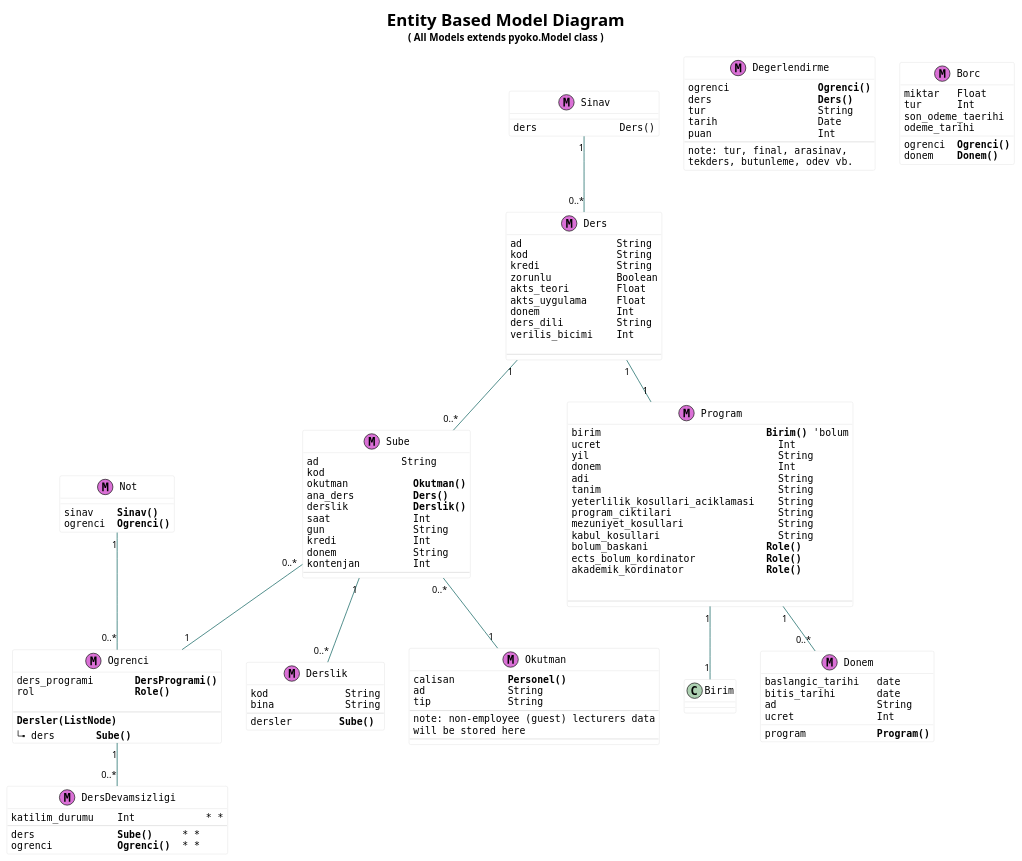
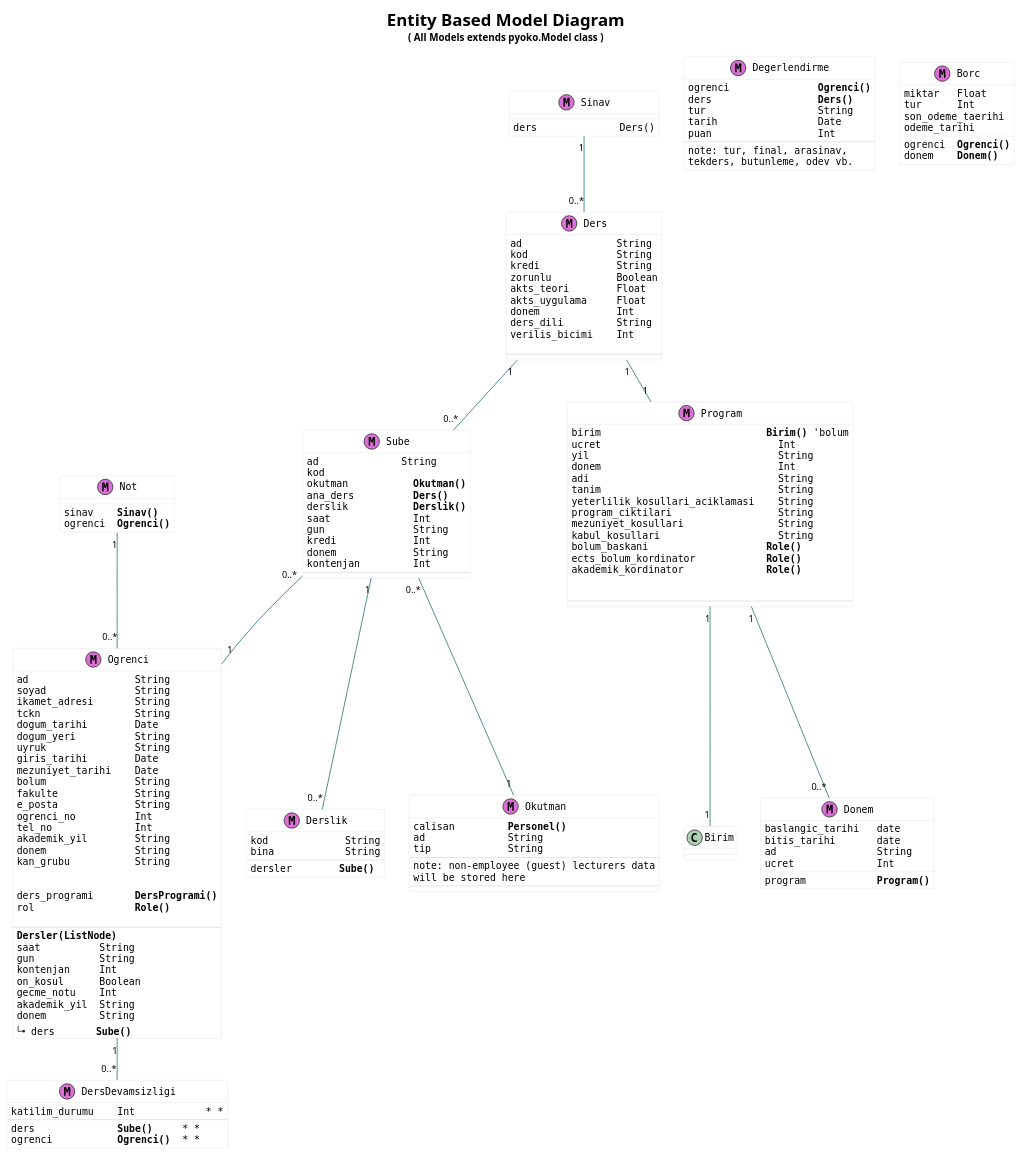
One commit to zetaops/ulakbus.org changed the diagram in source/diagrams/student-models.puml. Above: the diagram before and after it, drawn with PlantUML.

Commit message:
student-model eklemeler yapıldı

```diff
--- a/source/diagrams/student-models.puml
+++ b/source/diagrams/student-models.puml
@@ -1,160 +1,186 @@
 @startuml
 
 skinparam classAttributeFontName Monospaced
 skinparam classBackgroundColor #FFFFFF
 skinparam classBorderColor #D8D8D8
 skinparam packageBorderColor #BDBDBD
 skinparam classArrowColor #0B615E
 skinparam shadowing false
 
 'skinparam monochrome true
 'skinparam nodesep 100
 'skinparam ranksep 100
 'note "All <color:black><b> (M)odels</b></color> extends <b>pyoko.Model</b> class" as N #orchid
 title
 <size:24>Entity Based Model Diagram</size>
 ( All Models extends <b>pyoko.Model</b> class )
 endtitle
 'legend left
 'n..*     n or more instances
 'n..m    Min n, Max m instances
 'endlegend
 
 
 
 class Okutman<<(M,orchid)>>{
 calisan         **Personel()**
 ad              String
 tip             String
 --
 note: non-employee (guest) lecturers data
 will be stored here
 --
 }
 
 class Program<<(M,orchid)>>{
 birim                            **Birim()** 'bolum
 ucret                              Int
 yil                                String
 donem                              Int
 adi                                String
 tanim                              String
 yeterlilik_kosullari_aciklamasi    String
 program_ciktilari                  String
 mezuniyet_kosullari                String
 kabul_kosullari                    String
 bolum_baskani                    **Role()**
 ects_bolum_kordinator            **Role()**
 akademik_kordinator              **Role()**
 
 
 --
 }
 class Derslik<<(M,orchid)>>{
 kod             String
 bina            String
 --
 dersler        **Sube()**
 }
 
 class Sube<<(M,orchid)>>{
 ad              String
 kod
 okutman           **Okutman()**
 ana_ders          **Ders()**
 derslik           **Derslik()**
 saat              Int
 gun               String
 kredi             Int
 donem             String
 kontenjan         Int
 --
 }
 
 class Ders<<(M,orchid)>>{
 ad                String
 kod               String
 kredi             String
 zorunlu           Boolean
 akts_teori        Float
 akts_uygulama     Float
 donem             Int
 ders_dili         String
 verilis_bicimi    Int
 
 --
 }
 
 
 class Sinav <<(M,orchid)>> {
 ders              Ders()
 
 }
 class Ogrenci <<(M,orchid)>> {
+ad                  String
+soyad               String
+ikamet_adresi       String
+tckn                String
+dogum_tarihi        Date
+dogum_yeri          String
+uyruk               String
+giris_tarihi        Date
+mezuniyet_tarihi    Date
+bolum               String
+fakulte             String
+e_posta             String
+ogrenci_no          Int
+tel_no              Int
+akademik_yil        String
+donem               String
+kan_grubu           String
+
+
 ders_programi       **DersProgrami()**
 rol                 **Role()**
 
 --
 **Dersler(ListNode)**
+saat          String
+gun           String
+kontenjan     Int
+on_kosul      Boolean
+gecme_notu    Int
+akademik_yil  String
+donem         String
 |_ ders       **Sube()**
 }
 
 
 class Degerlendirme <<(M,orchid)>> {
 ogrenci               **Ogrenci()**
 ders                  **Ders()**
 tur                   String
 tarih                 Date
 puan                  Int
 --
 note: tur, final, arasinav,
 tekders, butunleme, odev vb.
 }
 
 class DersDevamsizligi <<(M,orchid)>> {
 katilim_durumu    Int            * *
 --
 ders              **Sube()**     * *
 ogrenci           **Ogrenci()**  * *
 }
 
 class Borc <<(M,orchid)>> {
 miktar   Float
 tur      Int
 ogrenci  **Ogrenci()**
 donem    **Donem()**
 son_odeme_taerihi
 odeme_tarihi
 }
 
 
 class Not <<(M,orchid)>> {
 sinav    **Sinav()**
 ogrenci  **Ogrenci()**
 }
 
 class Donem <<(M,orchid)>> {
 baslangic_tarihi   date
 bitis_tarihi       date
 ad                 String
 ucret              Int
 program            **Program()**
 }
 
 
 Sube "1" -- "0..*" Derslik
 Sinav "1" -- "0..*" Ders
 Not "1" --"0..*" Ogrenci
 
 
 Sube "0..*" -- "1" Okutman
 Sube "0..*" -- "1" Ogrenci
 
 Ders "1" --  "1" Program
 Ders "1" -- "0..*" Sube
 
 Program "1" -- "1" Birim
 Ogrenci "1" -- "0..*" DersDevamsizligi
 Program "1"-- "0..*" Donem
 
 @enduml
```
